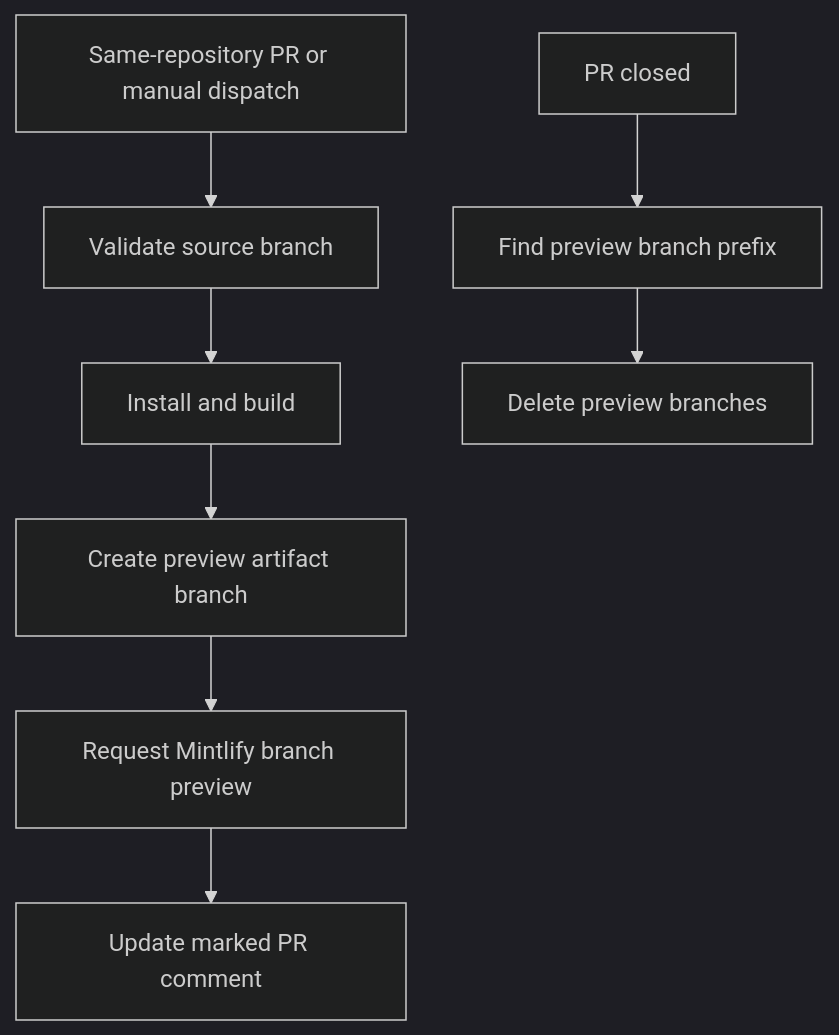
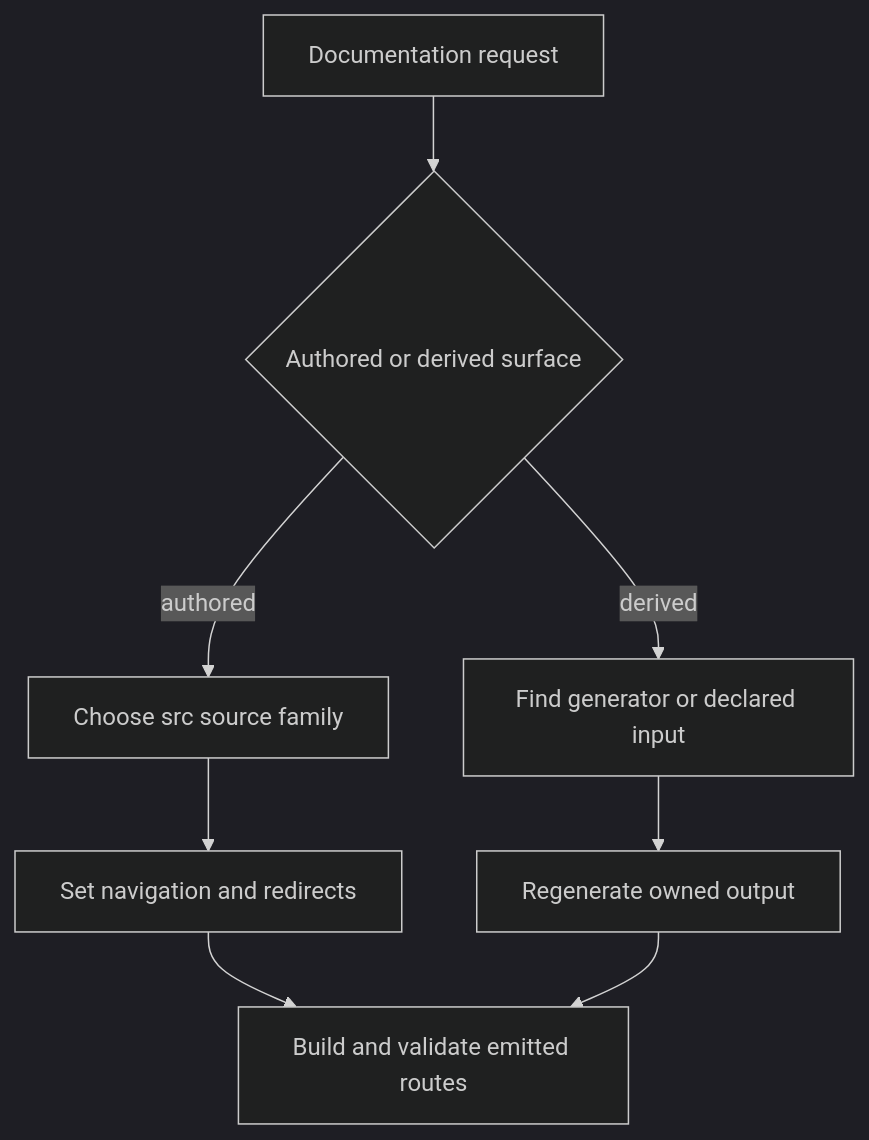
Before and after one commit to langchain-ai/docs: the diagram in openwiki/quickstart.md, drawn with Mermaid (dark theme). The commit also changed other lines of this file and 45 other files, not shown here.

````diff
--- a/openwiki/quickstart.md
+++ b/openwiki/quickstart.md
@@ -147,10 +67,10 @@
 ```mermaid
 flowchart TD
-  Event["Same-repository PR or manual dispatch"] --> Validate["Validate source branch"]
-  Validate --> Build["Install and build"]
-  Build --> Branch["Create preview artifact branch"]
-  Branch --> Deploy["Request Mintlify branch preview"]
-  Deploy --> Comment["Update marked PR comment"]
-  Closed["PR closed"] --> Match["Find preview branch prefix"]
-  Match --> Cleanup["Delete preview branches"]
+  Request["Documentation request"] --> Owner{"Authored or derived surface"}
+  Owner -->|"authored"| Family["Choose src source family"]
+  Owner -->|"derived"| Input["Find generator or declared input"]
+  Family --> Routes["Set navigation and redirects"]
+  Routes --> Build["Build and validate emitted routes"]
+  Input --> Regenerate["Regenerate owned output"]
+  Regenerate --> Build
 ```
````
